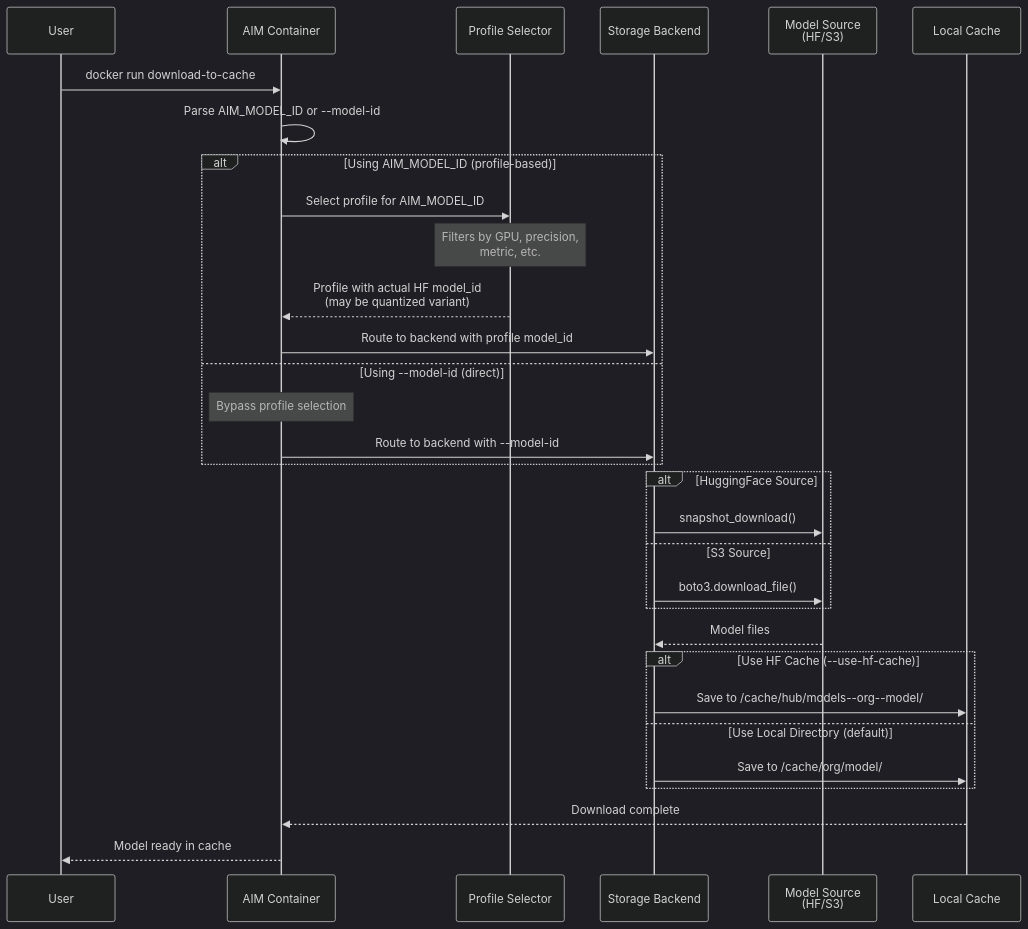
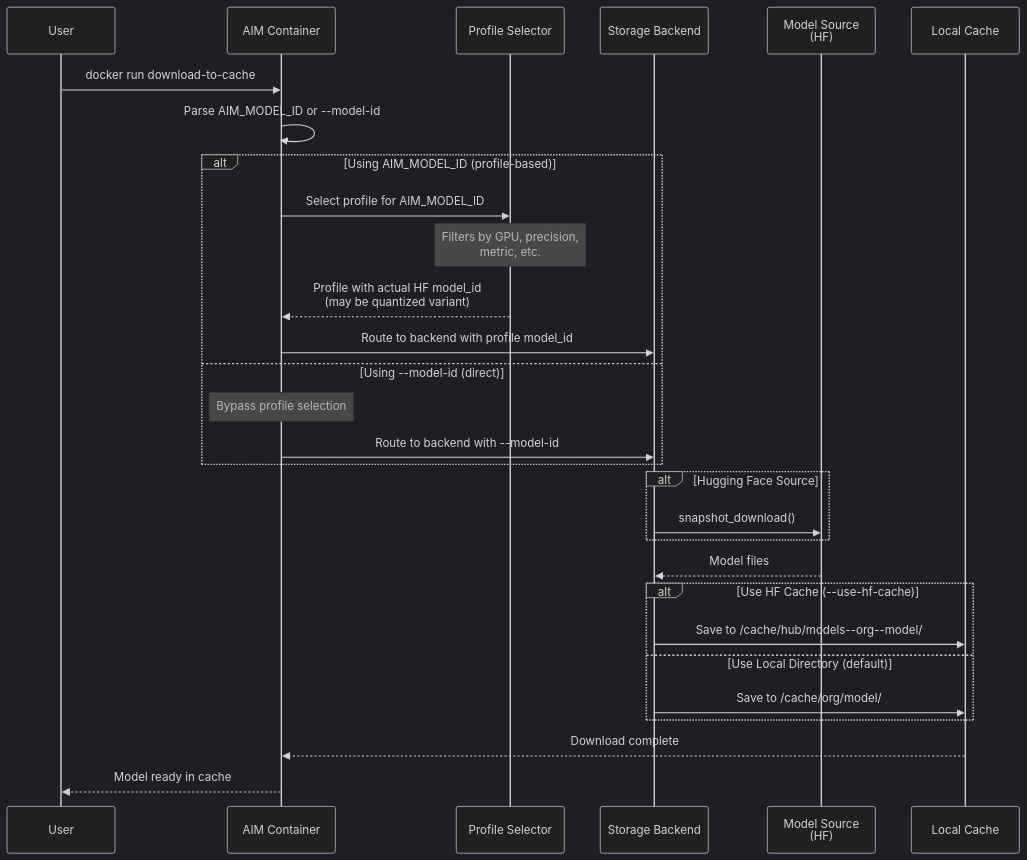
One commit to amd-enterprise-ai/aim-build changed the second of 2 diagrams in docs/model_caching.md. Above: the diagram before and after it, drawn with Mermaid (dark theme). The commit also changed other lines of this file and 529 other files, not shown here.

````diff
--- a/docs/model_caching.md
+++ b/docs/model_caching.md
@@ -173,39 +169,37 @@
 ```mermaid
 sequenceDiagram
     participant User
     participant Container as AIM Container
     participant ProfileSelector as Profile Selector
     participant Storage as Storage Backend
-    participant Source as Model Source<br/>(HF/S3)
+    participant Source as Model Source<br/>(HF)
     participant Cache as Local Cache
 
     User->>Container: docker run download-to-cache
     Container->>Container: Parse AIM_MODEL_ID or --model-id
 
     alt Using AIM_MODEL_ID (profile-based)
         Container->>ProfileSelector: Select profile for AIM_MODEL_ID
         Note over ProfileSelector: Filters by GPU, precision,<br/>metric, etc.
         ProfileSelector-->>Container: Profile with actual HF model_id<br/>(may be quantized variant)
         Container->>Storage: Route to backend with profile model_id
     else Using --model-id (direct)
         Note over Container: Bypass profile selection
         Container->>Storage: Route to backend with --model-id
     end
 
-    alt HuggingFace Source
+    alt Hugging Face Source
         Storage->>Source: snapshot_download()
-    else S3 Source
-        Storage->>Source: boto3.download_file()
     end
 
     Source-->>Storage: Model files
 
     alt Use HF Cache (--use-hf-cache)
         Storage->>Cache: Save to /cache/hub/models--org--model/
     else Use Local Directory (default)
         Storage->>Cache: Save to /cache/org/model/
     end
 
     Cache-->>Container: Download complete
     Container-->>User: Model ready in cache
 ```
````
